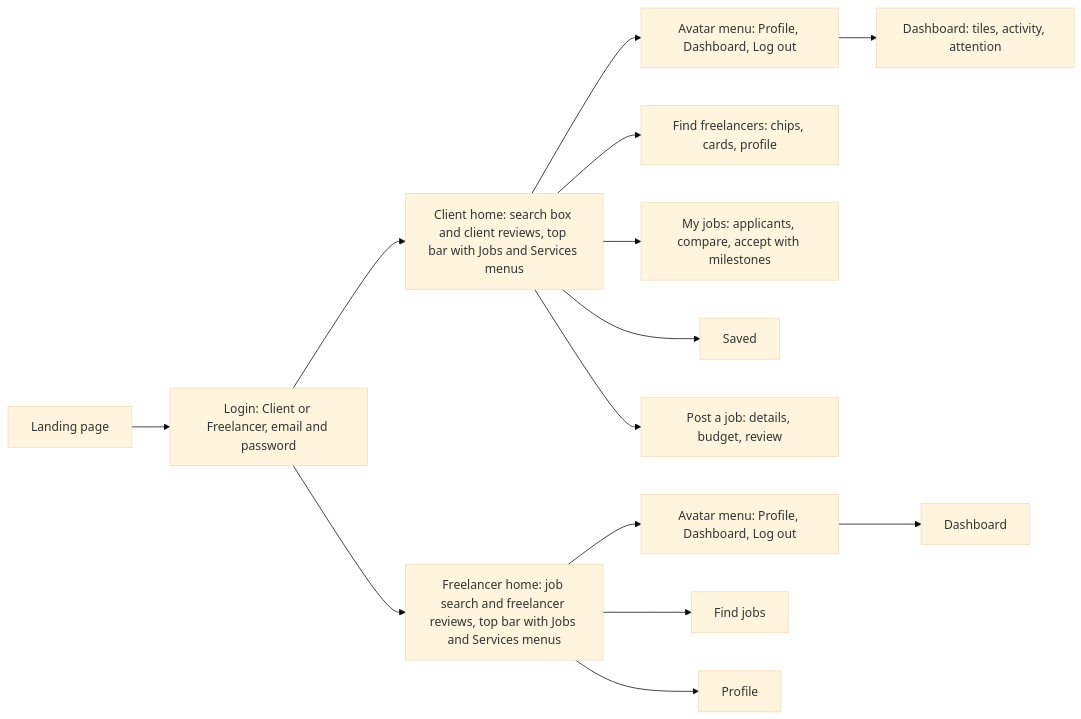
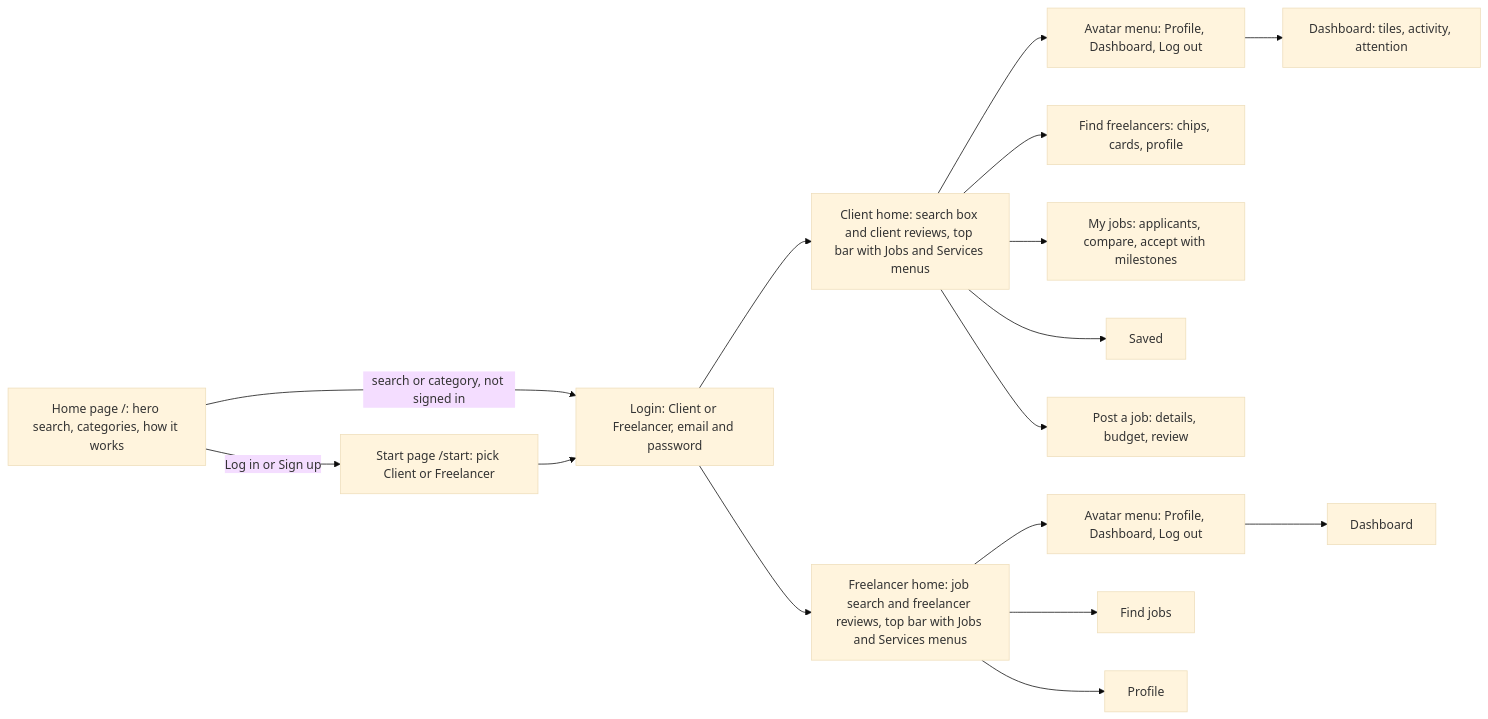
One commit to Krishnass05/fynd changed the ninth of 9 diagrams in flow.md. Above: the diagram before and after it, drawn with Mermaid (base theme). The commit also changed 33 other files, not shown here.

First line of the commit message:
Add the CraftHire home page and the white/charcoal/paprika glass design system

````diff
--- a/flow.md
+++ b/flow.md
@@ -151,16 +151,18 @@
 ```mermaid
 flowchart LR
-  L[Landing page] --> G[Login: Client or Freelancer, email and password]
+  H[Home page /: hero search, categories, how it works] -->|Log in or Sign up| L[Start page /start: pick Client or Freelancer]
+  H -->|search or category, not signed in| G
+  L --> G[Login: Client or Freelancer, email and password]
   G --> C[Client home: search box and client reviews, top bar with Jobs and Services menus]
   C --> CP[Avatar menu: Profile, Dashboard, Log out]
   G --> F[Freelancer home: job search and freelancer reviews, top bar with Jobs and Services menus]
   CP --> C1[Dashboard: tiles, activity, attention]
   C --> C2[Find freelancers: chips, cards, profile]
   C --> C3[My jobs: applicants, compare, accept with milestones]
   C --> C4[Saved]
   C --> C5[Post a job: details, budget, review]
   F --> FP[Avatar menu: Profile, Dashboard, Log out]
   FP --> F1[Dashboard]
   F --> F2[Find jobs]
   F --> F3[Profile]
 ```
````
